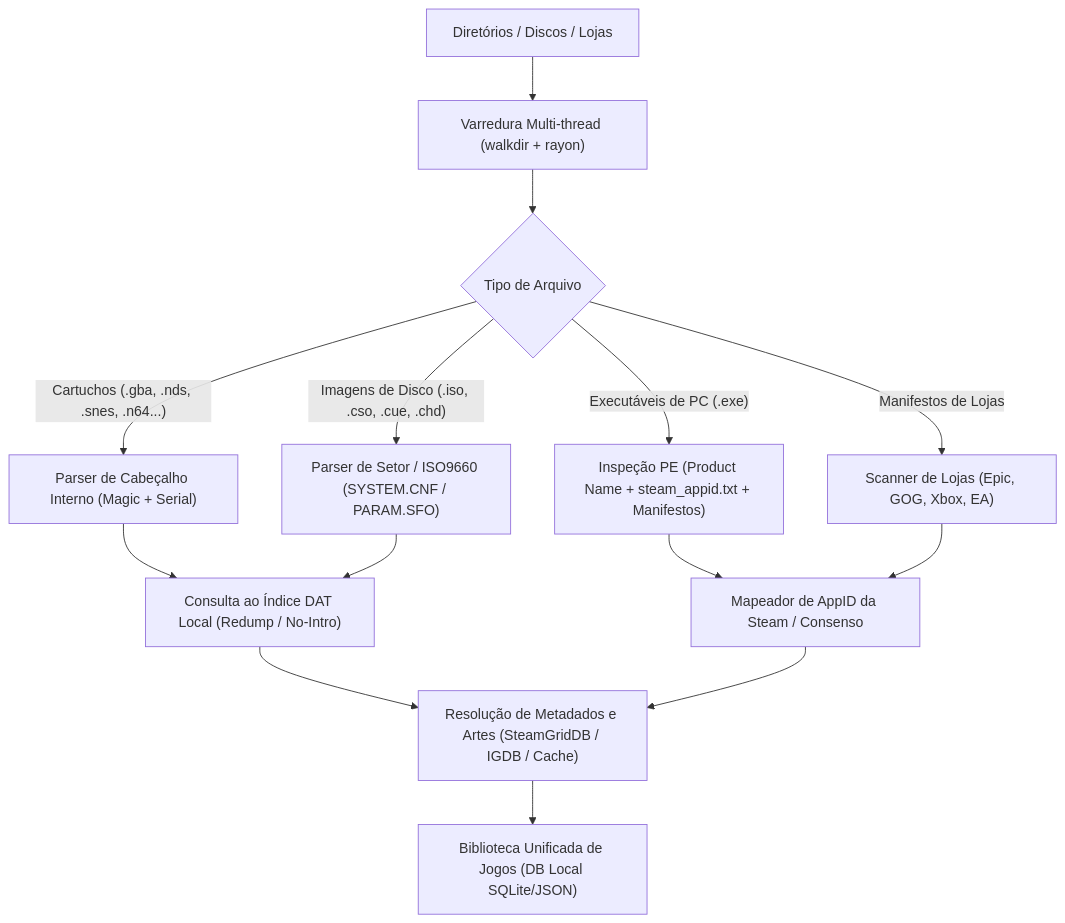
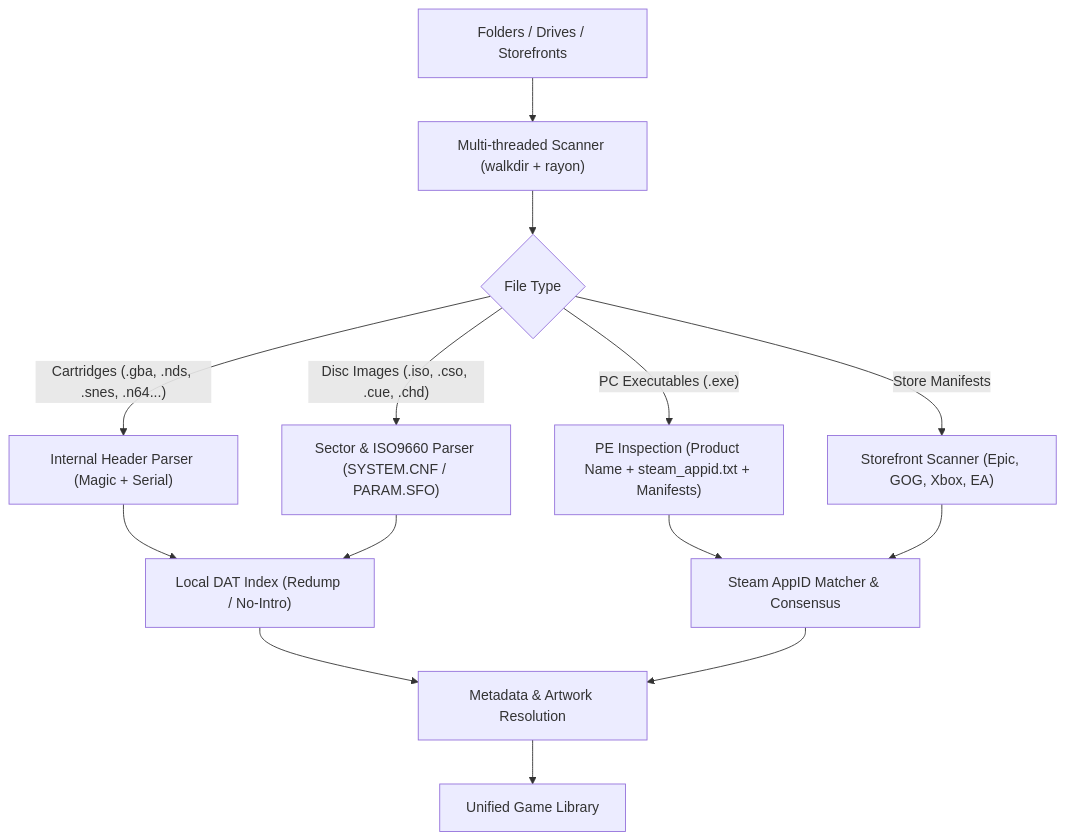
One commit to marcoswferreira/kame-house-launcher changed the diagram in docs/adrs/0003-game-scanner-and-rom-identification.md. Above: the diagram before and after it, drawn with Mermaid. The commit also changed other lines of this file and 19 other files, not shown here.

````diff
--- a/docs/adrs/0003-game-scanner-and-rom-identification.md
+++ b/docs/adrs/0003-game-scanner-and-rom-identification.md
@@ -21,18 +26,18 @@
 ```mermaid
 flowchart TD
-    A["Diretórios / Discos / Lojas"] --> B["Varredura Multi-thread (walkdir + rayon)"]
-    B --> C{"Tipo de Arquivo"}
-    C -->|"Cartuchos (.gba, .nds, .snes, .n64...)"| D["Parser de Cabeçalho Interno (Magic + Serial)"]
-    C -->|"Imagens de Disco (.iso, .cso, .cue, .chd)"| E["Parser de Setor / ISO9660 (SYSTEM.CNF / PARAM.SFO)"]
-    C -->|"Executáveis de PC (.exe)"| F["Inspeção PE (Product Name + steam_appid.txt + Manifestos)"]
-    C -->|"Manifestos de Lojas"| G["Scanner de Lojas (Epic, GOG, Xbox, EA)"]
+    A["Folders / Drives / Storefronts"] --> B["Multi-threaded Scanner (walkdir + rayon)"]
+    B --> C{"File Type"}
+    C -->|"Cartridges (.gba, .nds, .snes, .n64...)"| D["Internal Header Parser (Magic + Serial)"]
+    C -->|"Disc Images (.iso, .cso, .cue, .chd)"| E["Sector & ISO9660 Parser (SYSTEM.CNF / PARAM.SFO)"]
+    C -->|"PC Executables (.exe)"| F["PE Inspection (Product Name + steam_appid.txt + Manifests)"]
+    C -->|"Store Manifests"| G["Storefront Scanner (Epic, GOG, Xbox, EA)"]
     
-    D --> H["Consulta ao Índice DAT Local (Redump / No-Intro)"]
+    D --> H["Local DAT Index (Redump / No-Intro)"]
     E --> H
-    F --> I["Mapeador de AppID da Steam / Consenso"]
+    F --> I["Steam AppID Matcher & Consensus"]
     G --> I
     
-    H --> J["Resolução de Metadados e Artes (SteamGridDB / IGDB / Cache)"]
+    H --> J["Metadata & Artwork Resolution"]
     I --> J
-    J --> K["Biblioteca Unificada de Jogos (DB Local SQLite/JSON)"]
+    J --> K["Unified Game Library"]
 ```
````
